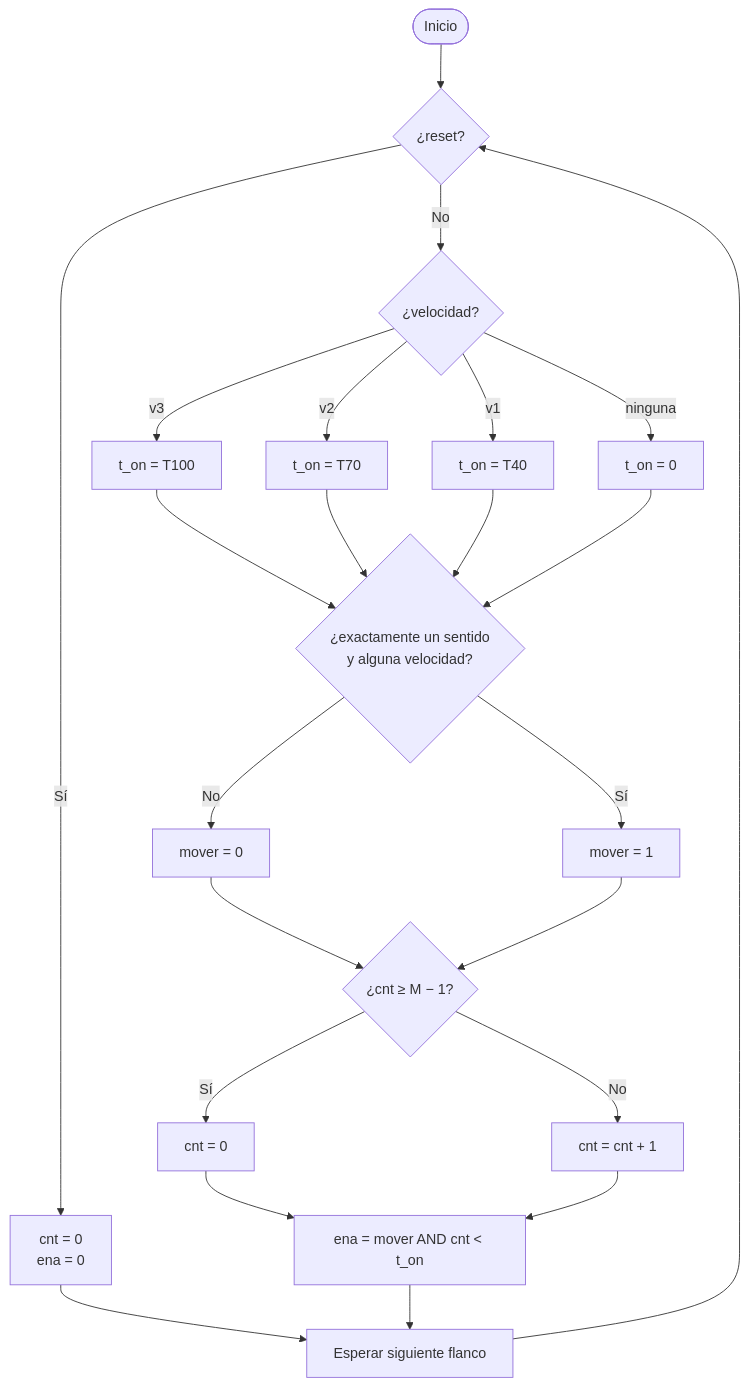
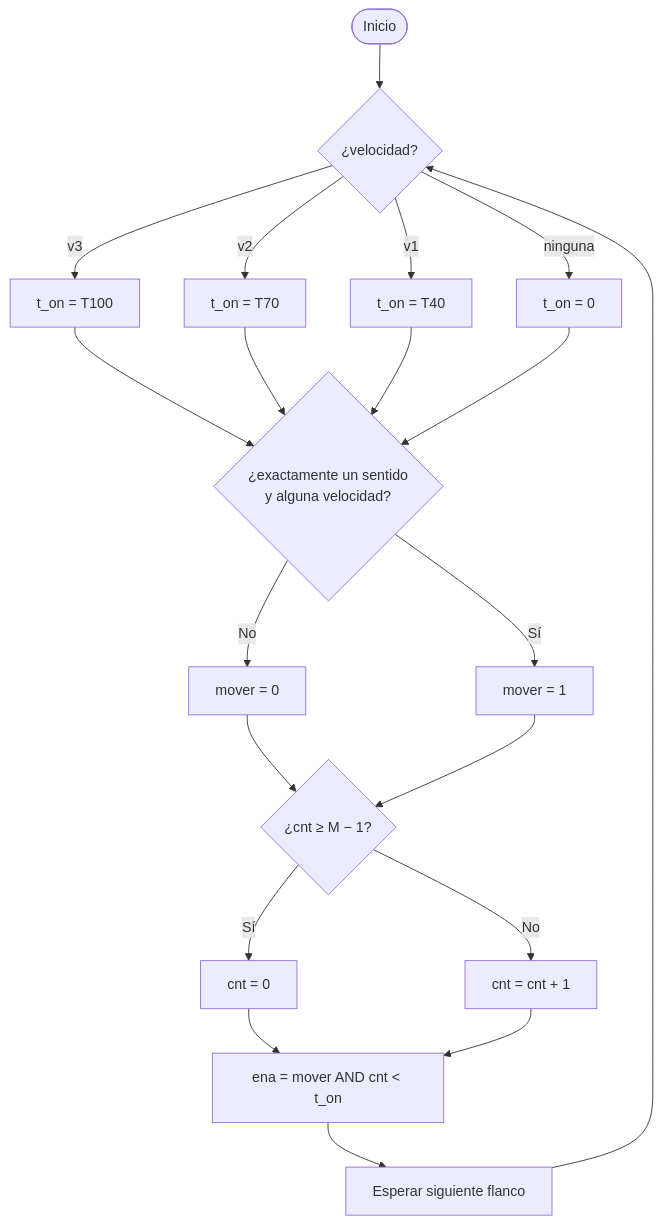
Before and after one commit to jei2002/Bitacora-LAB-3: the second of 2 diagrams in README.md, drawn with Mermaid. The commit also changed other lines of this file, not shown here.

````diff
--- a/README.md
+++ b/README.md
@@ -189,25 +185,22 @@
 ```mermaid
 flowchart TD
-    A([Inicio]) --> B{¿reset?}
-    B -- Sí --> C[cnt = 0<br/>ena = 0]
-    B -- No --> D{¿velocidad?}
+    A([Inicio]) --> D{¿velocidad?}
     D -- v3 --> E3[t_on = T100]
     D -- v2 --> E2[t_on = T70]
     D -- v1 --> E1[t_on = T40]
     D -- ninguna --> E0[t_on = 0]
     E3 --> F{¿exactamente un sentido<br/>y alguna velocidad?}
     E2 --> F
     E1 --> F
     E0 --> F
     F -- No --> G[mover = 0]
     F -- Sí --> H[mover = 1]
     G --> I{¿cnt ≥ M − 1?}
     H --> I
     I -- Sí --> J[cnt = 0]
     I -- No --> K[cnt = cnt + 1]
     J --> L[ena = mover AND cnt < t_on]
     K --> L
-    C --> M[Esperar siguiente flanco]
-    L --> M
-    M --> B
+    L --> M[Esperar siguiente flanco]
+    M --> D
 ```
````
